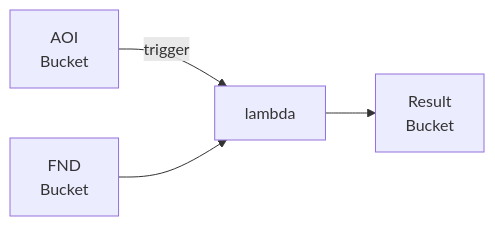
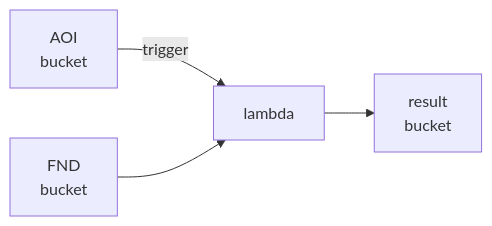
One commit to pjhartzell/CODEM changed the first of 3 diagrams in aws/api.md. Above: the diagram before and after it, drawn with Mermaid. The commit also changed other lines of this file, not shown here.

````diff
--- a/aws/api.md
+++ b/aws/api.md
@@ -5,6 +5,6 @@
     ```mermaid
     flowchart LR
-        S3_AOI["AOI <br> Bucket"] -- trigger --> lambda
-        S3_FND["FND <br> Bucket"] --> lambda
-        lambda --> S3_RST["Result <br> Bucket"]
+        id1["AOI <br> bucket"]--trigger-->lambda
+        id2["FND <br> bucket"]-->lambda
+        lambda-->S3_RST["result <br> bucket"]
     ```
````
